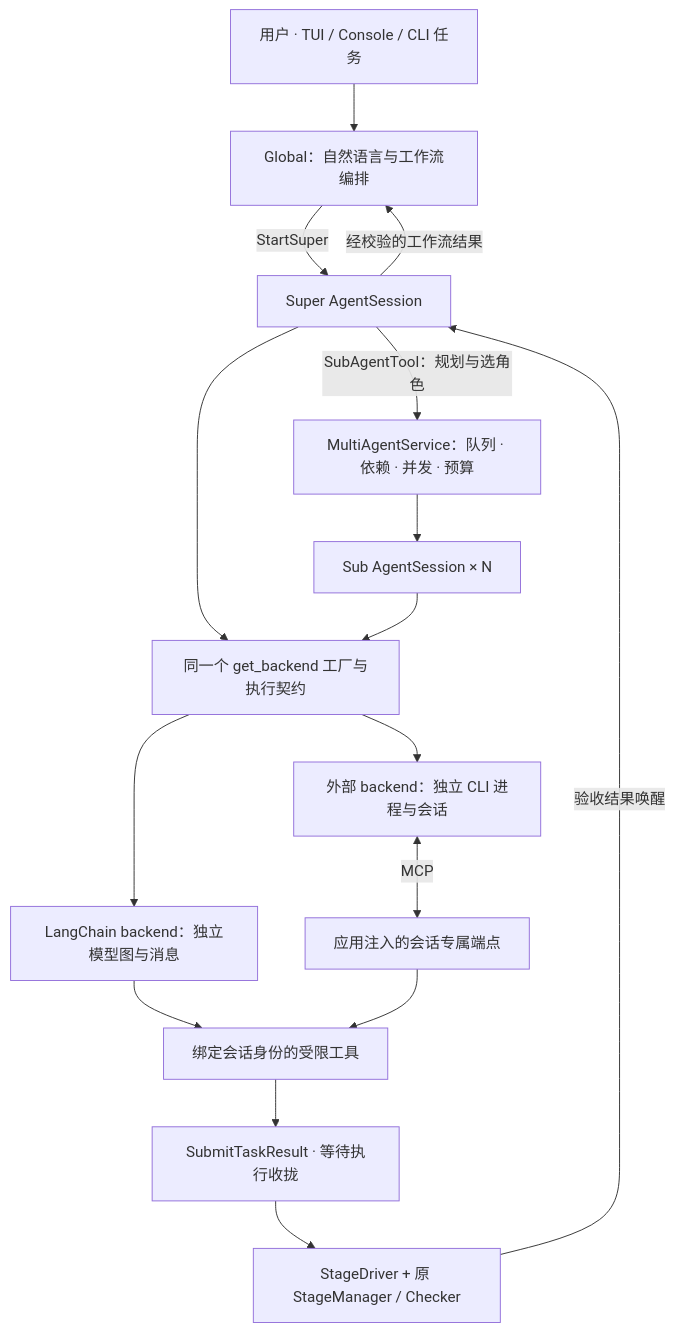
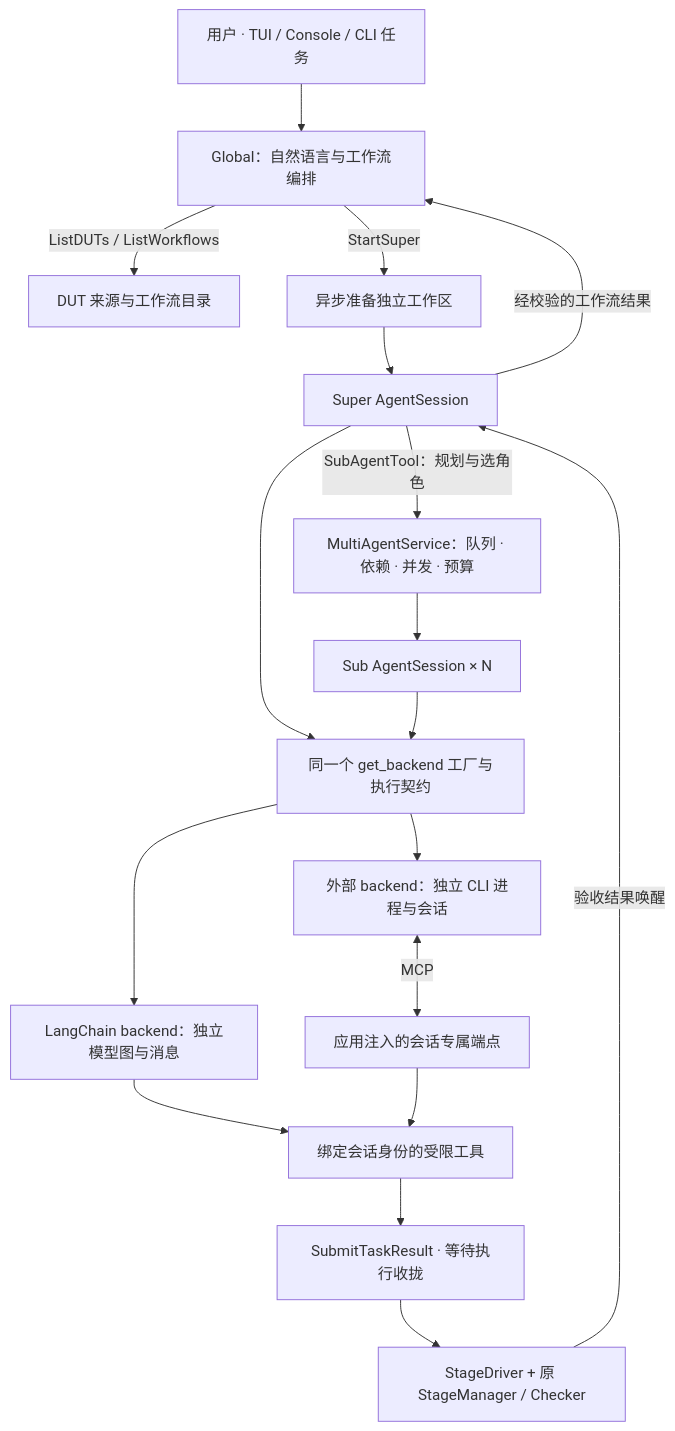
Before and after one commit to XS-MLVP/UCAgent: the diagram in docs/content/02_usage/11_multi_agent.md, drawn with Mermaid. The commit also changed other lines of this file and 73 other files, not shown here.

````diff
--- a/docs/content/02_usage/11_multi_agent.md
+++ b/docs/content/02_usage/11_multi_agent.md
@@ -41,18 +41,20 @@
 ```mermaid
 flowchart TB
     U[用户 · TUI / Console / CLI 任务] --> A[Global：自然语言与工作流编排]
-    A -->|StartSuper| S[Super AgentSession]
+    A -->|ListDUTs / ListWorkflows| D[DUT 来源与工作流目录]
+    A -->|StartSuper| P[异步准备独立工作区]
+    P --> S[Super AgentSession]
     S -->|经校验的工作流结果| A
     S -->|SubAgentTool：规划与选角色| Q[MultiAgentService：队列 · 依赖 · 并发 · 预算]
     Q --> W[Sub AgentSession × N]
     S --> F[同一个 get_backend 工厂与执行契约]
     W --> F
     F --> L[LangChain backend：独立模型图与消息]
     F --> C[外部 backend：独立 CLI 进程与会话]
     L --> T[绑定会话身份的受限工具]
     C <-->|MCP| E[应用注入的会话专属端点]
     E --> T
     T --> R[SubmitTaskResult · 等待执行收拢]
     R --> G[StageDriver + 原 StageManager / Checker]
     G -->|验收结果唤醒| S
 ```
````
